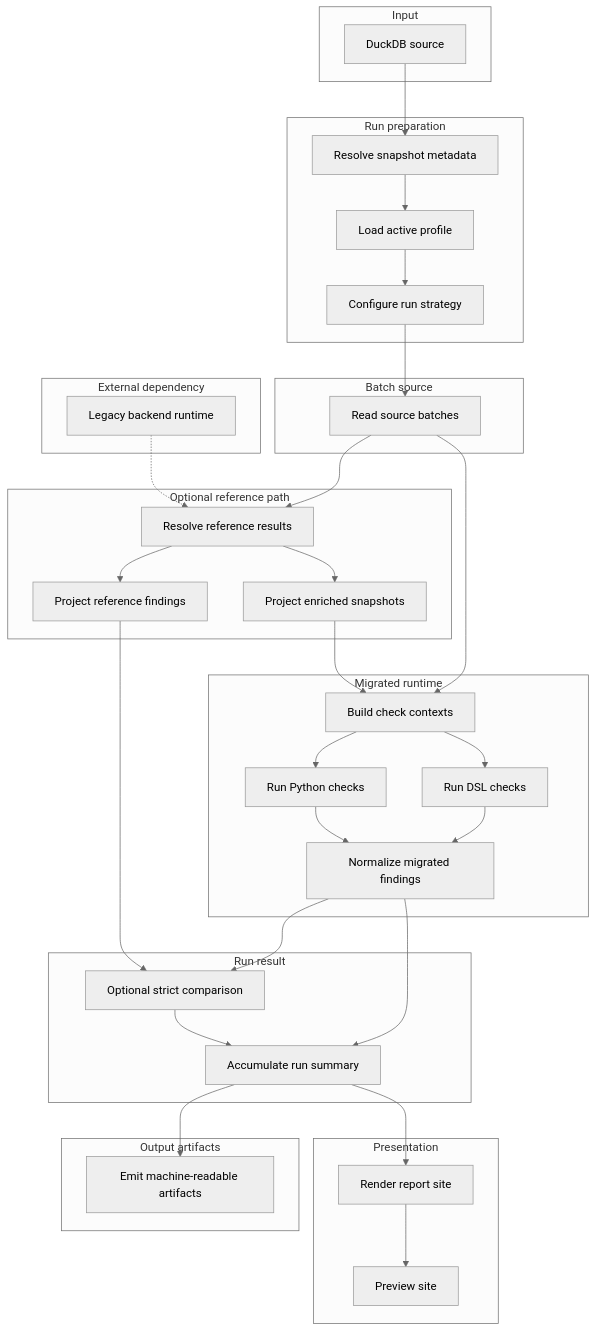
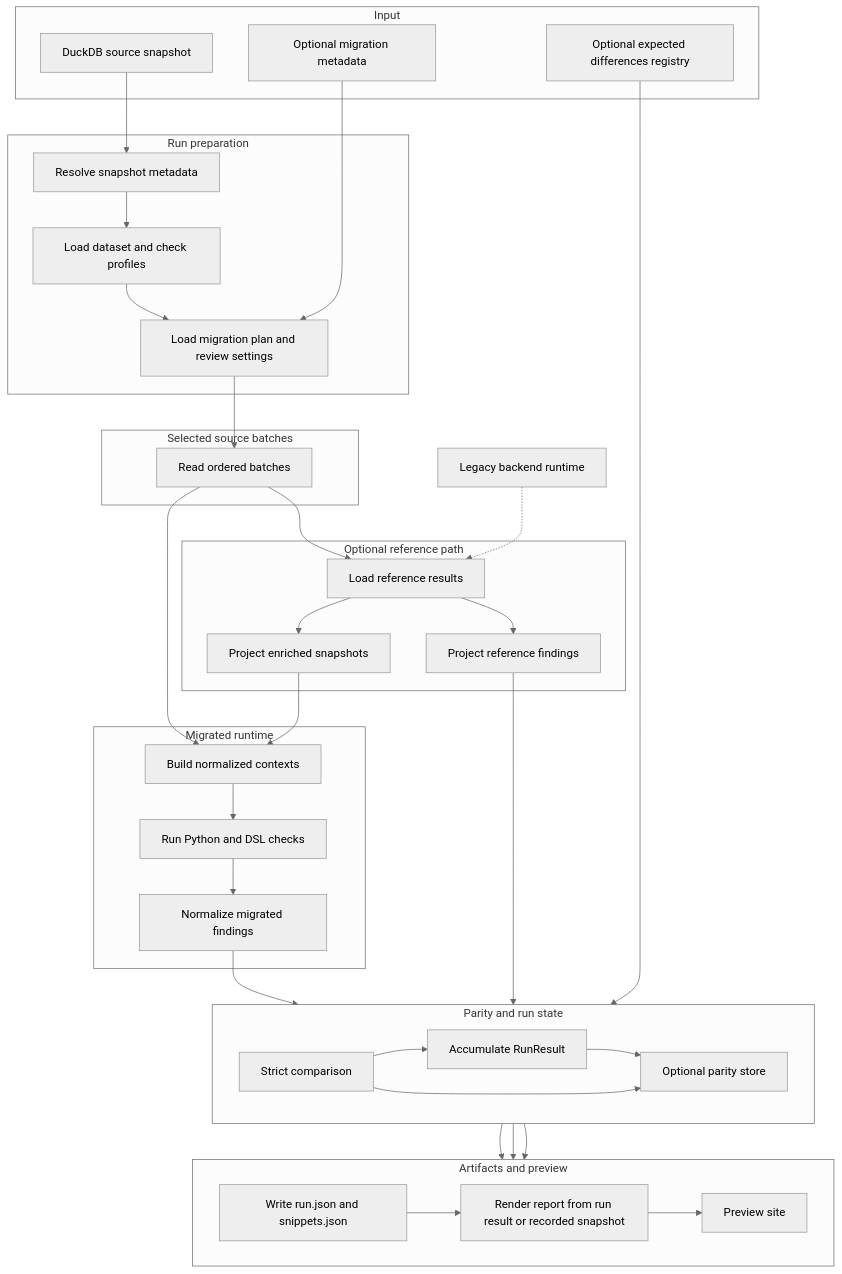
The first of 3 diagrams in docs/explanation/application-runs.md (bobcorn/openfoodfacts-data-quality), drawn with Mermaid (neutral theme) before and after one commit. The commit also changed other lines of this file and 60 other files, not shown here.

Commit message:
feat: add review storage and dataset profiles (#16)

````diff
--- a/docs/explanation/application-runs.md
+++ b/docs/explanation/application-runs.md
@@ -10,69 +10,68 @@
 ```mermaid
 flowchart TB
     subgraph INPUT["Input"]
-        A["DuckDB source"]
+        A["DuckDB source snapshot"]
+        B["Optional migration metadata"]
+        C["Optional expected differences registry"]
     end
 
     subgraph PREP["Run preparation"]
-        B["Resolve snapshot metadata"]
-        C["Load active profile"]
-        D["Configure run strategy"]
-        B --> C
-        C --> D
+        D["Resolve snapshot metadata"]
+        E["Load dataset and check profiles"]
+        F["Load migration plan and review settings"]
+        D --> E --> F
     end
 
-    subgraph SOURCE["Batch source"]
-        E["Read source batches"]
-    end
-
-    subgraph EXT["External dependency"]
-        G["Legacy backend runtime"]
+    subgraph SOURCE["Selected source batches"]
+        H["Read ordered batches"]
     end
 
     subgraph REF["Optional reference path"]
-        H["Resolve reference results"]
-        K["Project reference findings"]
-        L["Project enriched snapshots"]
-        H --> K
-        H --> L
+        I["Load reference results"]
+        J["Project reference findings"]
+        K["Project enriched snapshots"]
+        I --> J
+        I --> K
     end
 
     subgraph MIG["Migrated runtime"]
-        M["Build check contexts"]
-        N["Run Python checks"]
-        O["Run DSL checks"]
-        P["Normalize migrated findings"]
-        M --> N
-        M --> O
-        N --> P
-        O --> P
+        L["Build normalized contexts"]
+        M["Run Python and DSL checks"]
+        N["Normalize migrated findings"]
+        L --> M --> N
     end
 
-    subgraph RES["Run result"]
-        Q["Optional strict comparison"]
-        R["Accumulate run summary"]
-        Q --> R
+    subgraph RUN["Parity and run state"]
+        direction LR
+        O["Strict comparison"]
+        P["Accumulate RunResult"]
+        Q["Optional parity store"]
+        O --> P
+        P --> Q
     end
 
-    subgraph ART["Output artifacts"]
-        S["Emit machine-readable artifacts"]
+    subgraph PRES["Artifacts and preview"]
+        direction LR
+        R["Write run.json and snippets.json"]
+        S["Render report from run result or recorded snapshot"]
+        T["Preview site"]
+        R --> S --> T
     end
 
-    subgraph PRES["Presentation"]
-        T["Render report site"]
-        U["Preview site"]
-        T --> U
-    end
+    U["Legacy backend runtime"]
 
-    A --> B
-    D --> E
-    E --> H
-    E --> M
-    G -.-> H
-    L --> M
-    K --> Q
-    P --> Q
+    A --> D
+    B --> F
+    C --> Q
+    F --> H
+    H --> I
+    H --> L
+    U -.-> I
+    K --> L
+    J --> O
+    N --> O
+    O --> Q
     P --> R
-    R --> S
-    R --> T
+    P --> S
+    Q --> S
 ```
````
